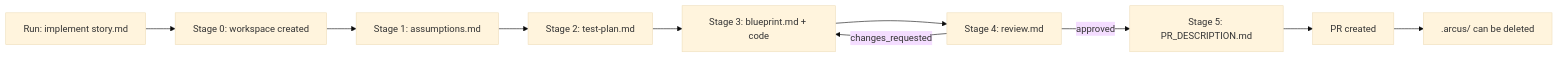
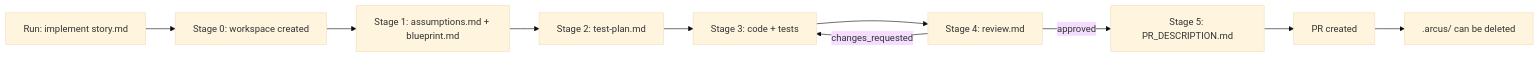
Before and after one commit to piyushbhargava1412/arcus-plugin: the second of 2 diagrams in plugins/arcus/skills/arcus-guide/assets/artifacts-guide.md, drawn with Mermaid (base theme). The commit also changed other lines of this file and 8 other files, not shown here.

````diff
--- a/plugins/arcus/skills/arcus-guide/assets/artifacts-guide.md
+++ b/plugins/arcus/skills/arcus-guide/assets/artifacts-guide.md
@@ -504,12 +504,12 @@
 ```mermaid
 graph LR
     A[Run: implement story.md] --> B[Stage 0: workspace created]
-    B --> C[Stage 1: assumptions.md]
+    B --> C[Stage 1: assumptions.md + blueprint.md]
     C --> D[Stage 2: test-plan.md]
-    D --> E[Stage 3: blueprint.md + code]
+    D --> E[Stage 3: code + tests]
     E --> F[Stage 4: review.md]
     F -->|approved| G[Stage 5: PR_DESCRIPTION.md]
     F -->|changes_requested| E
     G --> H[PR created]
     H --> I[.arcus/ can be deleted]
 ```
````
